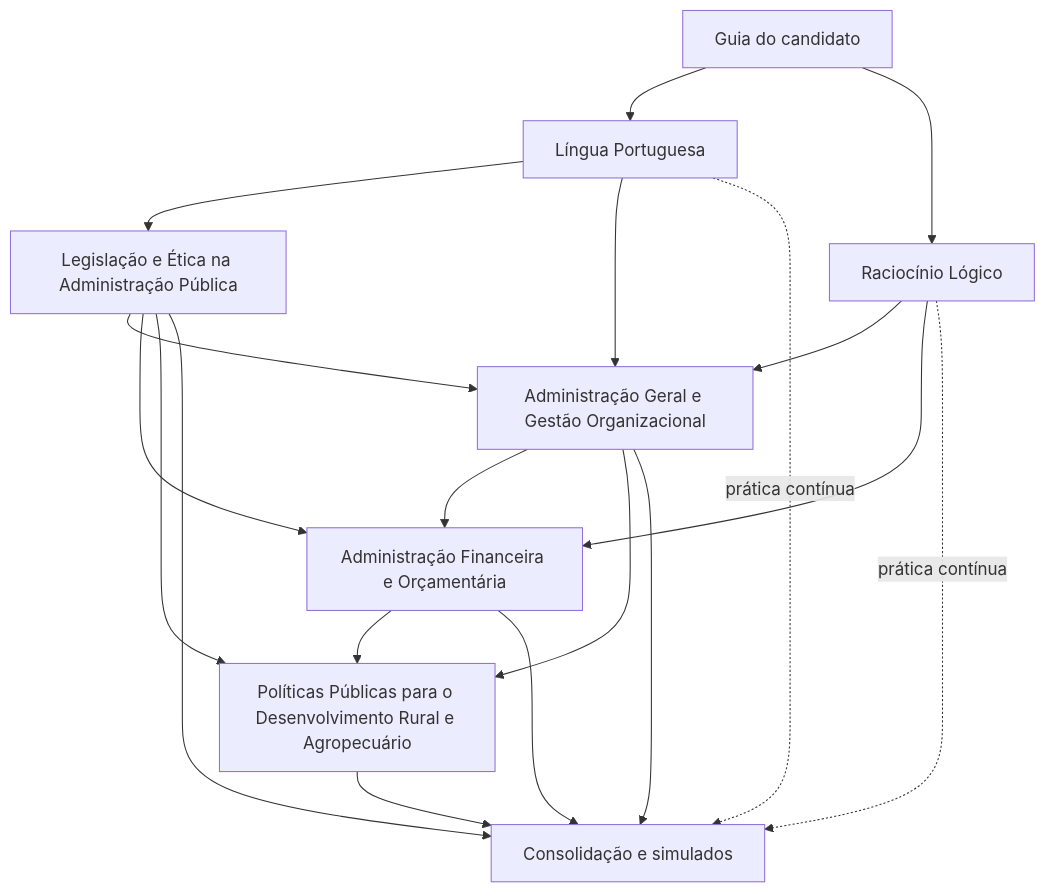
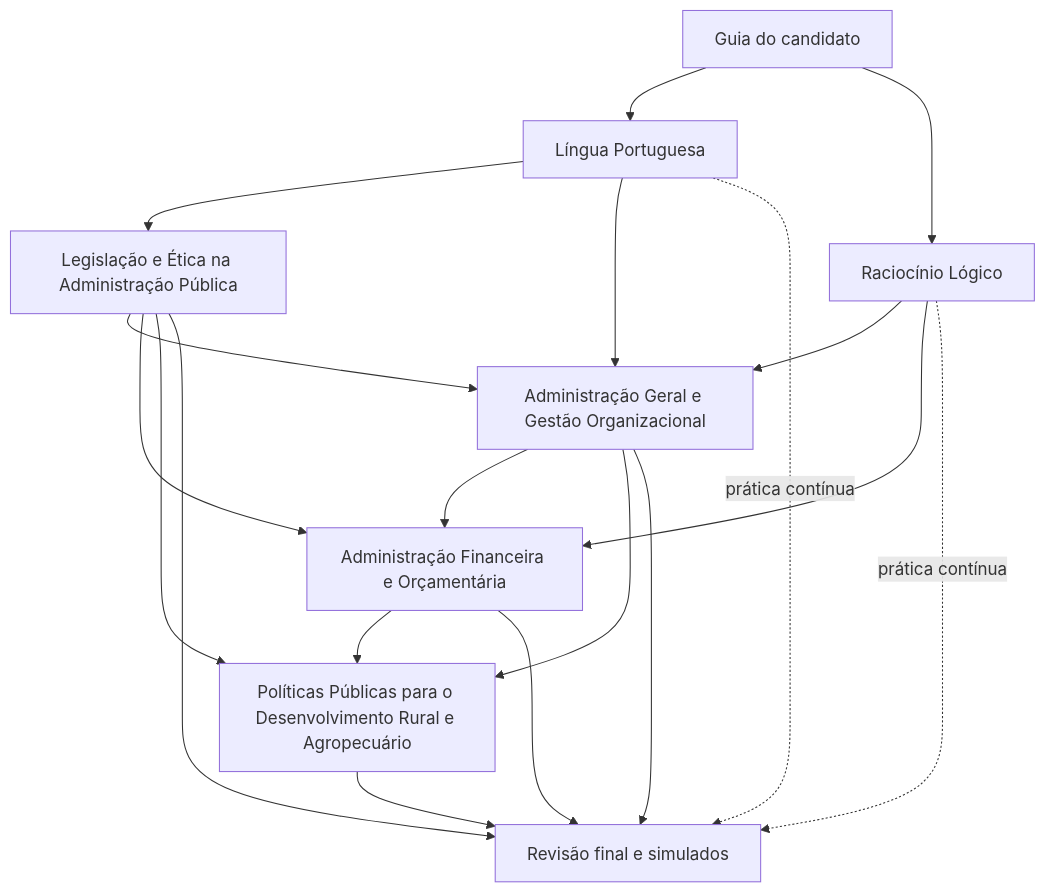
The diagram in docs/MAPA_DO_CURSO.md (vmedinax/curso-sape-sc-2026), drawn with Mermaid before and after one commit. The commit also changed other lines of this file and 11 other files, not shown here.

````diff
--- a/docs/MAPA_DO_CURSO.md
+++ b/docs/MAPA_DO_CURSO.md
@@ -447,25 +447,25 @@
 ```mermaid
 flowchart TD
     GUIA[Guia do candidato] --> LP[Língua Portuguesa]
     GUIA --> RL[Raciocínio Lógico]
 
     LP --> LE[Legislação e Ética na Administração Pública]
     LP --> AG[Administração Geral e Gestão Organizacional]
     RL --> AG
 
     LE --> AG
     LE --> AFO[Administração Financeira e Orçamentária]
     AG --> AFO
     RL --> AFO
 
     LE --> RURAL[Políticas Públicas para o Desenvolvimento Rural e Agropecuário]
     AG --> RURAL
     AFO --> RURAL
 
-    LP -. prática contínua .-> CONS[Consolidação e simulados]
+    LP -. prática contínua .-> CONS[Revisão final e simulados]
     RL -. prática contínua .-> CONS
     LE --> CONS
     AG --> CONS
     AFO --> CONS
     RURAL --> CONS
 ```
````
